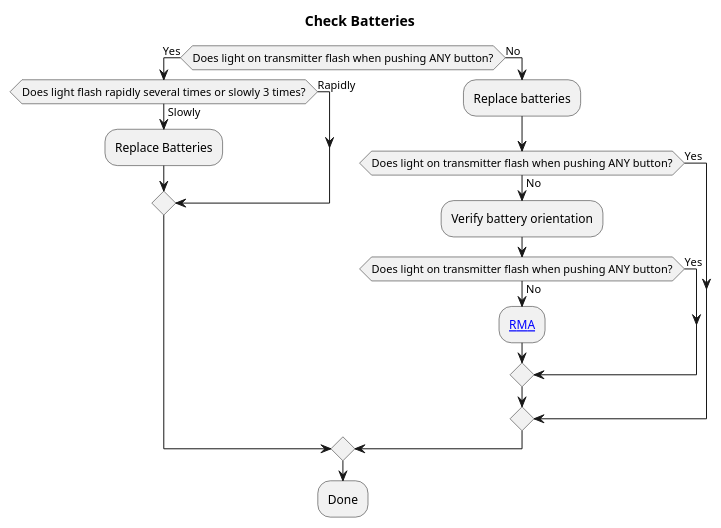
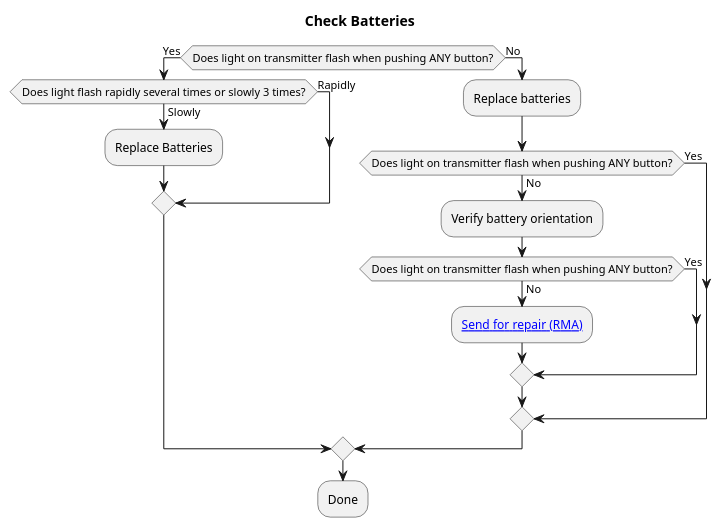
The diagram in batteries.pu (rfhero/rfhero.github.io), drawn with PlantUML before and after one commit. The commit also changed 13 other files, not shown here.

```diff
--- a/batteries.pu
+++ b/batteries.pu
@@ -1,20 +1,20 @@
 @startuml
 title Check Batteries
 if (Does light on transmitter flash when pushing ANY button?) then (Yes)
     if (Does light flash rapidly several times or slowly 3 times?) then (Rapidly)
     else (Slowly)
         :Replace Batteries;
     endif
 else (No)
     :Replace batteries;
     if (Does light on transmitter flash when pushing ANY button?) then (Yes)
     else (No)
         :Verify battery orientation;
         if (Does light on transmitter flash when pushing ANY button?) then (Yes)
         else (No)
-            :[[http://rfhero.com/request-rma.php RMA]];
+            :[[http://rfhero.com/request-rma.php Send for repair (RMA)]];
         endif
     endif
 endif
 :Done;
 @enduml
```
